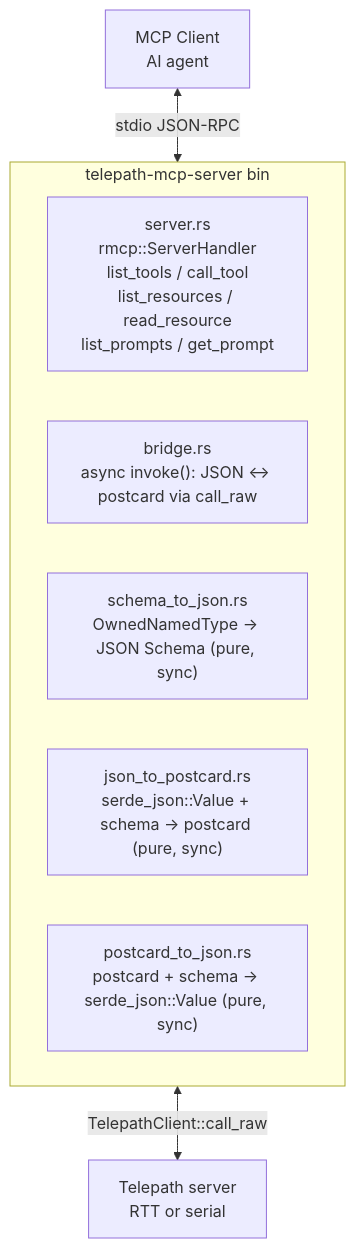
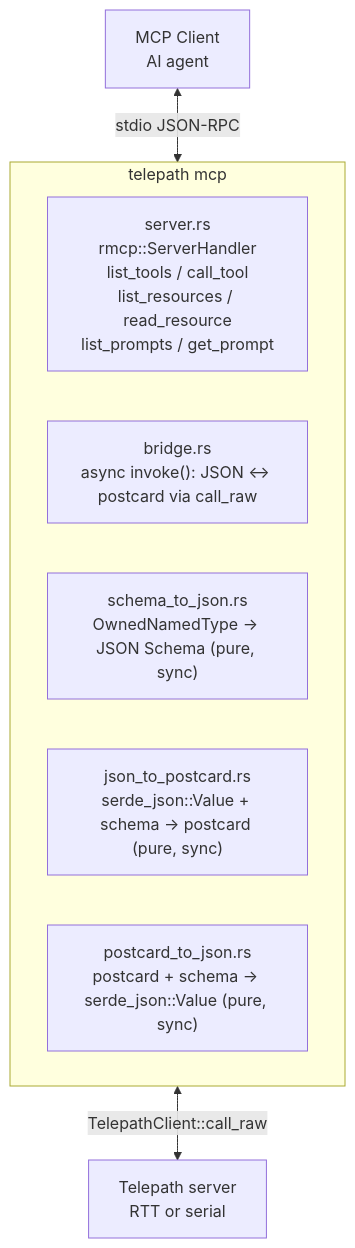
Before and after one commit to tarotene/telepath: the diagram in docs/mcp-integration.md, drawn with Mermaid. The commit also changed other lines of this file and 11 other files, not shown here.

````diff
--- a/docs/mcp-integration.md
+++ b/docs/mcp-integration.md
@@ -8,15 +8,15 @@
 ```mermaid
 flowchart TB
     MC[MCP Client<br/>AI agent]
-    subgraph Bridge["telepath-mcp-server bin"]
+    subgraph Bridge["telepath mcp"]
         SRV["server.rs<br/>rmcp::ServerHandler<br/>list_tools / call_tool<br/>list_resources / read_resource<br/>list_prompts / get_prompt"]
         BR["bridge.rs<br/>async invoke(): JSON ↔ postcard via call_raw"]
         S2J["schema_to_json.rs<br/>OwnedNamedType → JSON Schema (pure, sync)"]
         J2P["json_to_postcard.rs<br/>serde_json::Value + schema → postcard (pure, sync)"]
         P2J["postcard_to_json.rs<br/>postcard + schema → serde_json::Value (pure, sync)"]
     end
     TS[Telepath server<br/>RTT or serial]
 
     MC <-->|stdio JSON-RPC| Bridge
     Bridge <-->|TelepathClient::call_raw| TS
 ```
````
